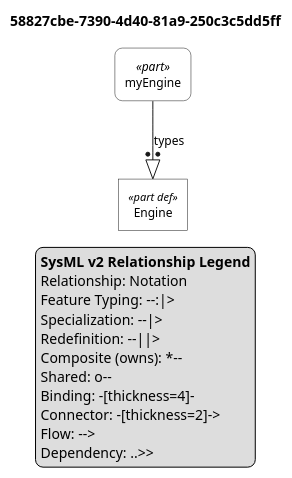
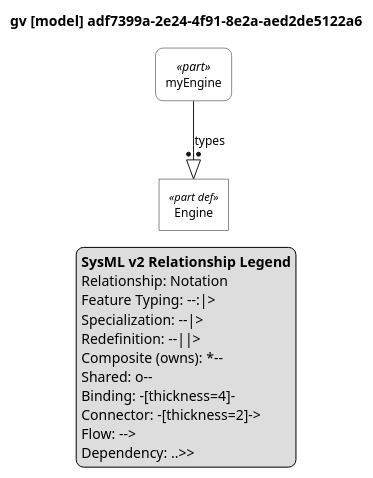
The diagram in plantuml-examples/01-usage-vs-definition.puml (mycr0ft/sysmlpy), drawn with PlantUML before and after one commit. The commit also changed 28 other files, not shown here.

```diff
--- a/plantuml-examples/01-usage-vs-definition.puml
+++ b/plantuml-examples/01-usage-vs-definition.puml
@@ -1,126 +1,126 @@
 @startuml
 
 skinparam monochrome true
 skinparam wrapWidth 300
 skinparam defaultFontSize 12
 skinparam defaultFontName Helvetica
 
 ' Definitions: sharp corners, plain background
 skinparam rectangle<<part def>> {
     RoundCorner 0
     BackgroundColor white
     StereotypeFontSize 11
 }
 skinparam rectangle<<item def>> {
     RoundCorner 0
     BackgroundColor white
 }
 skinparam rectangle<<attribute def>> {
     RoundCorner 0
     BackgroundColor white
 }
 skinparam rectangle<<port def>> {
     RoundCorner 0
     BackgroundColor white
 }
 skinparam rectangle<<action def>> {
     RoundCorner 0
     BackgroundColor white
 }
 skinparam rectangle<<state def>> {
     RoundCorner 0
     BackgroundColor white
 }
 skinparam rectangle<<requirement def>> {
     RoundCorner 0
     BackgroundColor white
 }
 skinparam rectangle<<view def>> {
     RoundCorner 0
     BackgroundColor white
 }
 skinparam rectangle<<viewpoint def>> {
     RoundCorner 0
     BackgroundColor white
 }
 skinparam rectangle<<enumeration def>> {
     RoundCorner 0
     BackgroundColor white
 }
 
 ' Usages: rounded corners, plain background
 skinparam rectangle<<part>> {
     RoundCorner 15
     BackgroundColor white
 }
 skinparam rectangle<<item>> {
     RoundCorner 15
     BackgroundColor white
 }
 skinparam rectangle<<attribute>> {
     RoundCorner 15
     BackgroundColor white
 }
 skinparam rectangle<<port>> {
     RoundCorner 15
     BackgroundColor white
 }
 skinparam rectangle<<action>> {
     RoundCorner 15
     BackgroundColor white
 }
 skinparam rectangle<<state>> {
     RoundCorner 15
     BackgroundColor white
 }
 skinparam rectangle<<requirement>> {
     RoundCorner 15
     BackgroundColor white
 }
 skinparam rectangle<<view>> {
     RoundCorner 15
     BackgroundColor white
 }
 skinparam rectangle<<viewpoint>> {
     RoundCorner 15
     BackgroundColor white
 }
 skinparam rectangle<<enumeration>> {
     RoundCorner 15
     BackgroundColor white
 }
 
 ' Views as folders
 skinparam folder<<view def>> {
     BackgroundColor white
 }
 skinparam folder<<view>> {
     BackgroundColor white
 }
 
 top to bottom direction
 
-title 58827cbe-7390-4d40-81a9-250c3c5dd5ff
+title gv [model] adf7399a-2e24-4f91-8e2a-aed2de5122a6
 
 hide circle
 
 rectangle "Engine" as E1 <<part def>>
 rectangle "myEngine" as E2 <<part>>
 
 E2 --:|> E1 : types
 
 legend right
   <b>SysML v2 Relationship Legend</b>
   Relationship: Notation
   Feature Typing: --:|>
   Specialization: --|>
   Redefinition: --||>
   Composite (owns): *--
   Shared: o--
   Binding: -[thickness=4]-
   Connector: -[thickness=2]->
   Flow: -->
   Dependency: ..>>
 endlegend
 
 @enduml
```
